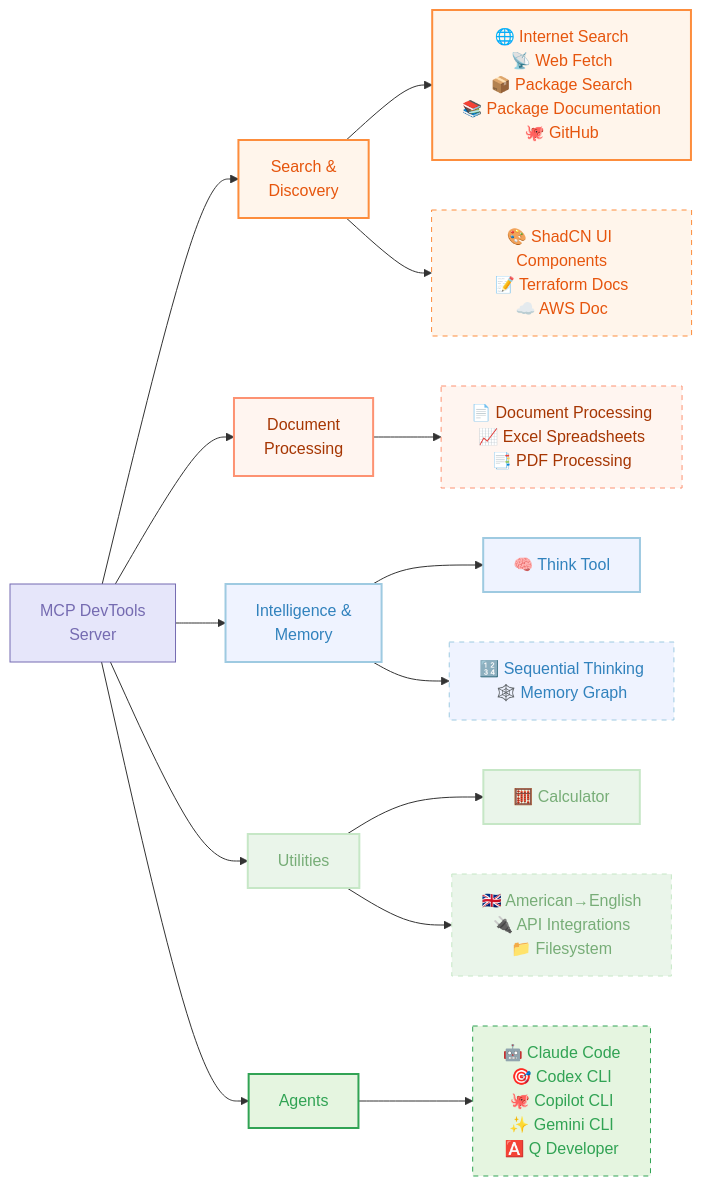
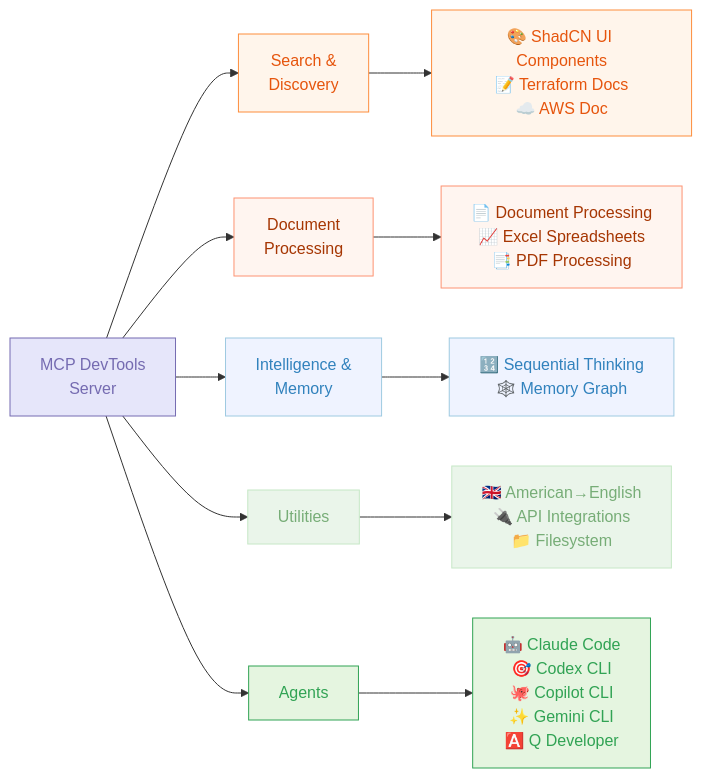
One commit to sammcj/mcp-devtools changed the second of 2 diagrams in README.md. Above: the diagram before and after it, drawn with Mermaid. The commit also changed other lines of this file, not shown here.

Commit message:
chore: bump deps, docs: minor update to diagram in readme

````diff
--- a/README.md
+++ b/README.md
@@ -5,54 +34,34 @@
 ```mermaid
 graph LR
     A[MCP DevTools<br>Server]
 
     A --> B[Search &<br>Discovery]
     A --> C[Document<br>Processing]
     A --> E[Intelligence &<br>Memory]
     A --> F[Utilities]
     A --> G[Agents]
 
-    B --> B_Enabled[🌐 Internet Search<br>📡 Web Fetch<br>📦 Package Search<br>📚 Package Documentation<br>🐙 GitHub]
-    B --> B_Disabled[🎨 ShadCN UI Components<br>📝 Terraform Docs<br>☁️ AWS Doc]
+    B --> B_Tools[🎨 ShadCN UI Components<br>📝 Terraform Docs<br>☁️ AWS Doc]
 
-    C --> C_Disabled[📄 Document Processing<br>📈 Excel Spreadsheets<br>📑 PDF Processing]
+    C --> C_Tools[📄 Document Processing<br>📈 Excel Spreadsheets<br>📑 PDF Processing]
 
-    E --> E_Enabled[🧠 Think Tool]
-    E --> E_Disabled[🔢 Sequential Thinking<br>🕸️ Memory Graph]
+    E --> E_Tools[🔢 Sequential Thinking<br>🕸️ Memory Graph]
 
-    F --> F_Enabled[🧮 Calculator]
-    F --> F_Disabled[🇬🇧 American→English<br>🔌 API Integrations<br>📁 Filesystem]
+    F --> F_Tools[🇬🇧 American→English<br>🔌 API Integrations<br>📁 Filesystem]
 
-    G --> G_Disabled[🤖 Claude Code<br>🎯 Codex CLI<br>🐙 Copilot CLI<br>✨ Gemini CLI<br>🅰️ Q Developer]
+    G --> G_Tools[🤖 Claude Code<br>🎯 Codex CLI<br>🐙 Copilot CLI<br>✨ Gemini CLI<br>🅰️ Q Developer]
 
-    classDef inputOutput fill:#FEE0D2,stroke:#E6550D,color:#E6550D
-    classDef llm fill:#E5F5E0,stroke:#31A354,color:#31A354,stroke-width:2px
-    classDef llmDisabled fill:#E5F5E0,stroke:#31A354,color:#31A354,stroke-dasharray:5 5
     classDef components fill:#E6E6FA,stroke:#756BB1,color:#756BB1
-    classDef process fill:#EAF5EA,stroke:#C6E7C6,color:#77AD77,stroke-width:2px
-    classDef processDisabled fill:#EAF5EA,stroke:#C6E7C6,color:#77AD77,stroke-dasharray:5 5
-    classDef stop fill:#E5E1F2,stroke:#C7C0DE,color:#8471BF
-    classDef data fill:#EFF3FF,stroke:#9ECAE1,color:#3182BD,stroke-width:2px
-    classDef dataDisabled fill:#EFF3FF,stroke:#9ECAE1,color:#3182BD,stroke-dasharray:5 5
-    classDef decision fill:#FFF5EB,stroke:#FD8D3C,color:#E6550D,stroke-width:2px
-    classDef decisionDisabled fill:#FFF5EB,stroke:#FD8D3C,color:#E6550D,stroke-dasharray:5 5
-    classDef storage fill:#F2F0F7,stroke:#BCBDDC,color:#756BB1
-    classDef api fill:#FFF5F0,stroke:#FD9272,color:#A63603,stroke-width:2px
-    classDef apiDisabled fill:#FFF5F0,stroke:#FD9272,color:#A63603,stroke-dasharray:5 5
-    classDef error fill:#FCBBA1,stroke:#FB6A4A,color:#CB181D
+    classDef llm fill:#E5F5E0,stroke:#31A354,color:#31A354
+    classDef process fill:#EAF5EA,stroke:#C6E7C6,color:#77AD77
+    classDef data fill:#EFF3FF,stroke:#9ECAE1,color:#3182BD
+    classDef decision fill:#FFF5EB,stroke:#FD8D3C,color:#E6550D
+    classDef api fill:#FFF5F0,stroke:#FD9272,color:#A63603
 
     class A components
-    class B decision
-    class C api
-    class E data
-    class F process
-    class G llm
-    class B_Enabled decision
-    class E_Enabled data
-    class F_Enabled process
-    class B_Disabled decisionDisabled
-    class C_Disabled apiDisabled
-    class E_Disabled dataDisabled
-    class F_Disabled processDisabled
-    class G_Disabled llmDisabled
+    class B,B_Tools decision
+    class C,C_Tools api
+    class E,E_Tools data
+    class F,F_Tools process
+    class G,G_Tools llm
 ```
````
